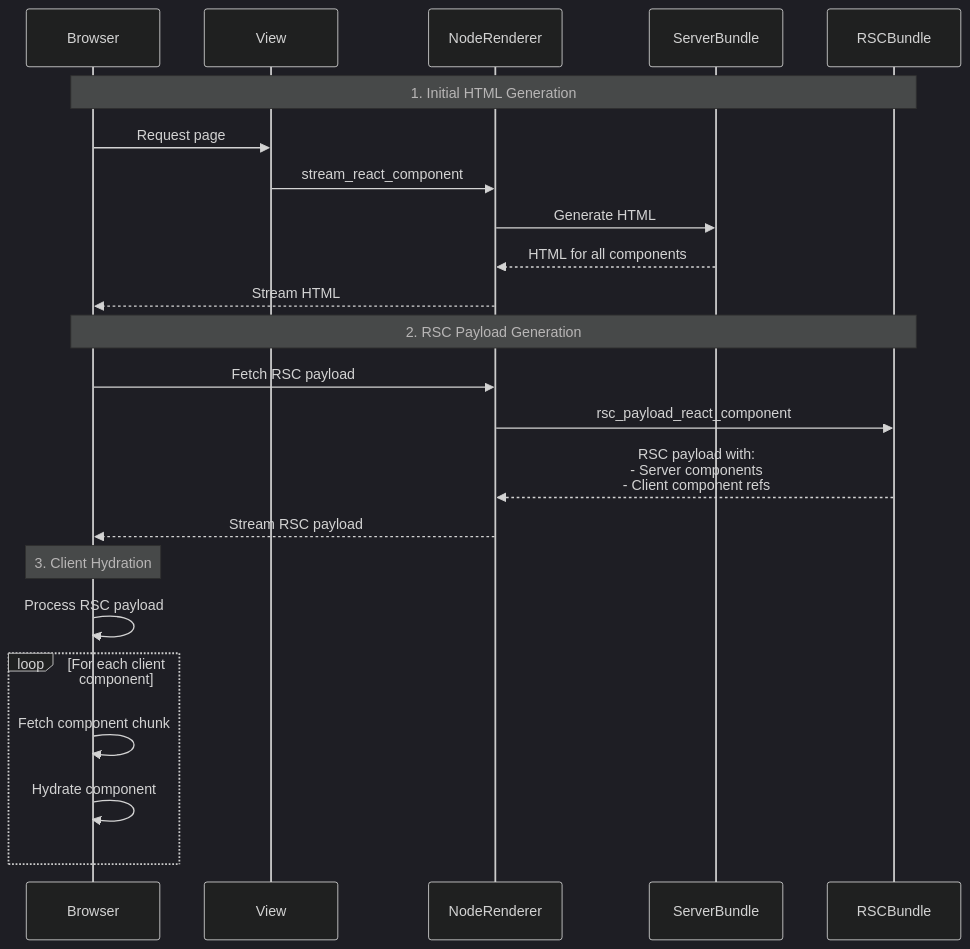
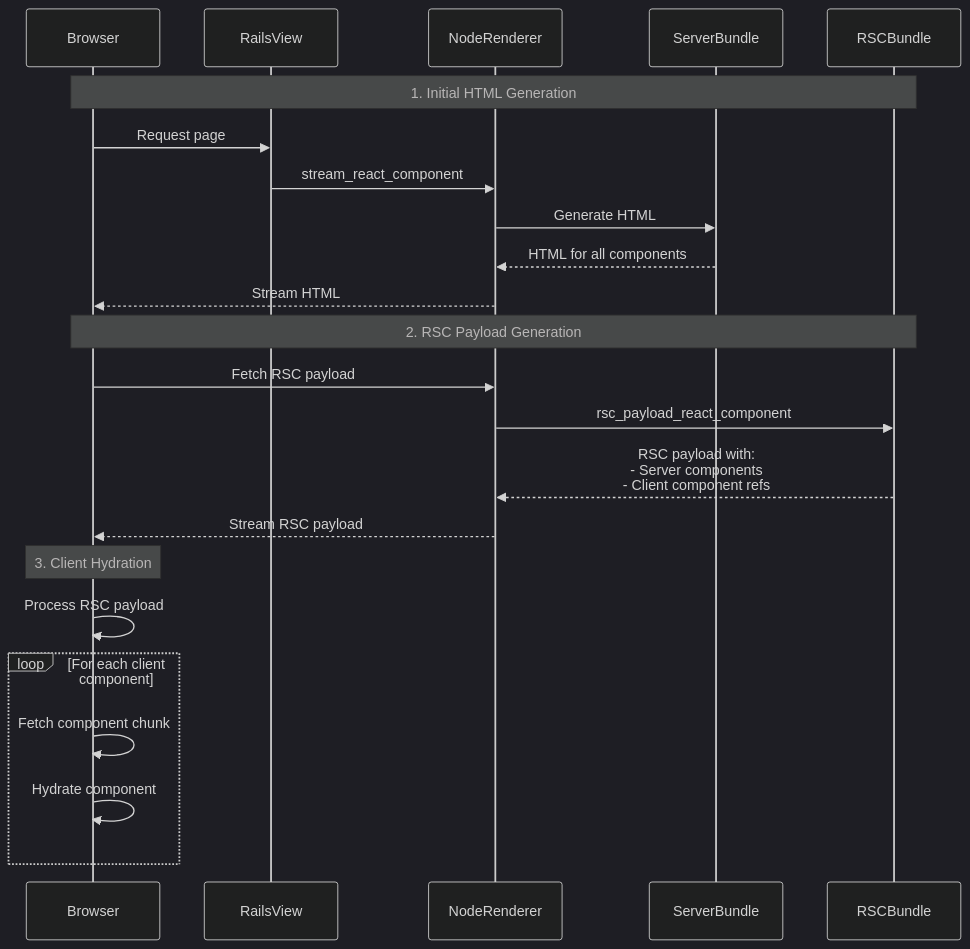
The first of 2 diagrams in react_on_rails_pro/docs/react-server-components-rendering-flow.md (shakacode/react_on_rails), drawn with Mermaid (dark theme) before and after one commit. The commit also changed other lines of this file, not shown here.

````diff
--- a/react_on_rails_pro/docs/react-server-components-rendering-flow.md
+++ b/react_on_rails_pro/docs/react-server-components-rendering-flow.md
@@ -62,28 +63,28 @@
 ```mermaid
 sequenceDiagram
     participant Browser
-    participant View
+    participant RailsView
     participant NodeRenderer
     participant ServerBundle
     participant RSCBundle
     
     Note over Browser,RSCBundle: 1. Initial HTML Generation
-    Browser->>View: Request page
-    View->>NodeRenderer: stream_react_component
+    Browser->>RailsView: Request page
+    RailsView->>NodeRenderer: stream_react_component
     NodeRenderer->>ServerBundle: Generate HTML
     ServerBundle-->>NodeRenderer: HTML for all components
     NodeRenderer-->>Browser: Stream HTML
     
     Note over Browser,RSCBundle: 2. RSC Payload Generation
     Browser->>NodeRenderer: Fetch RSC payload
     NodeRenderer->>RSCBundle: rsc_payload_react_component
     RSCBundle-->>NodeRenderer: RSC payload with:<br/>- Server components<br/>- Client component refs
     NodeRenderer-->>Browser: Stream RSC payload
     
     Note over Browser: 3. Client Hydration
     Browser->>Browser: Process RSC payload
     loop For each client component
         Browser->>Browser: Fetch component chunk
         Browser->>Browser: Hydrate component
     end
 ```
````
